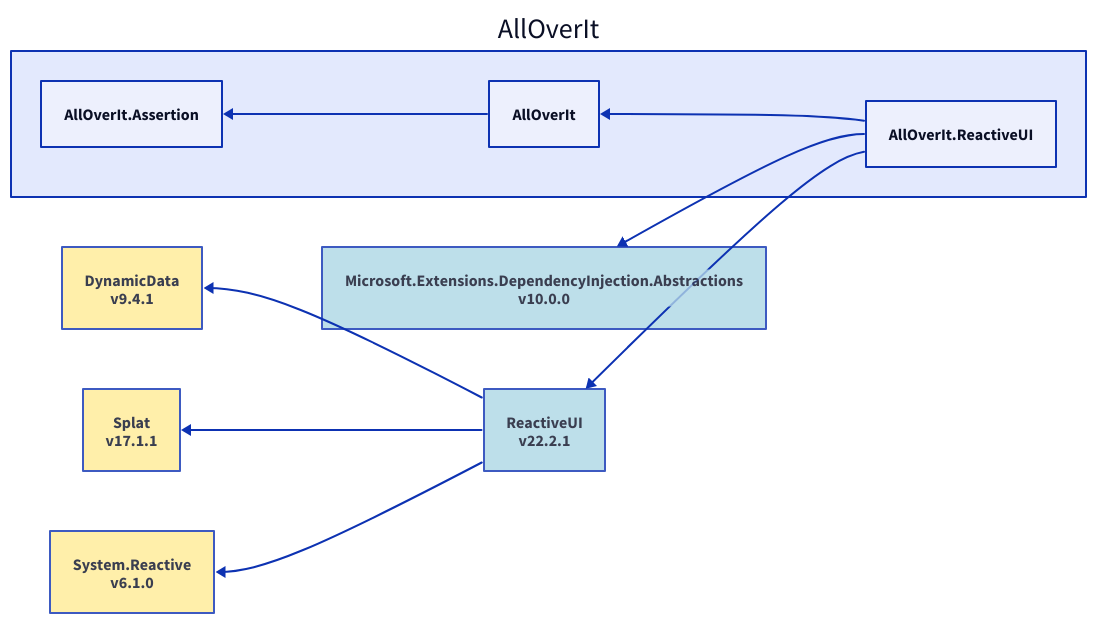
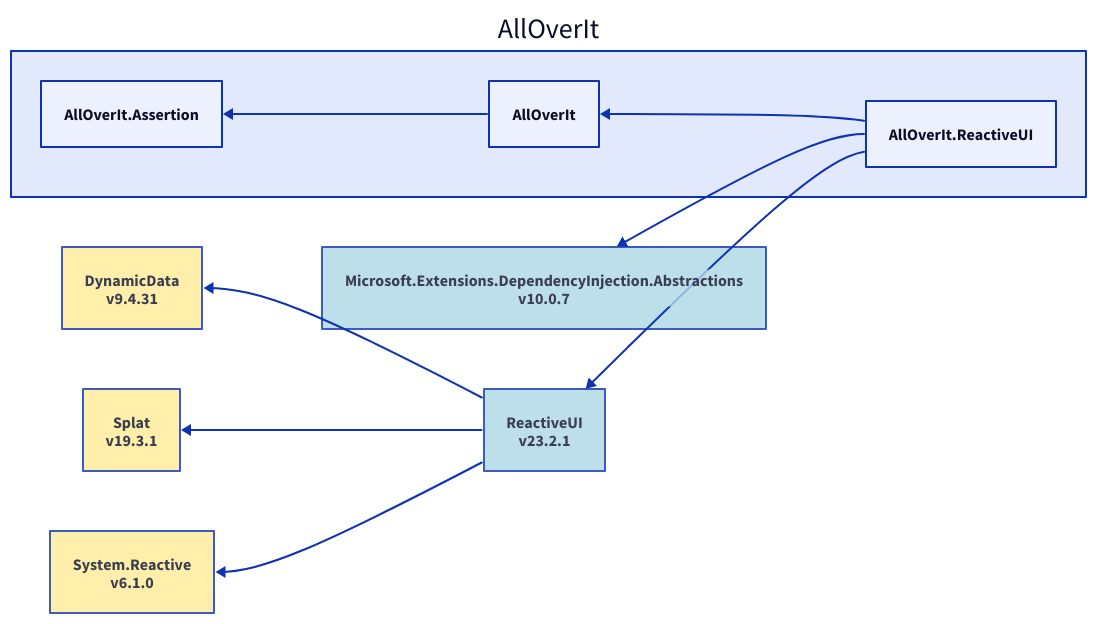
One commit to mjfreelancing/AllOverIt changed the diagram in Docs/Reference/Content/images/dependencies/net9.0/alloverit-reactiveui.d2. Above: the diagram before and after it, drawn with D2. The commit also changed 132 other files, not shown here.

```diff
--- a/Docs/Reference/Content/images/dependencies/net9.0/alloverit-reactiveui.d2
+++ b/Docs/Reference/Content/images/dependencies/net9.0/alloverit-reactiveui.d2
@@ -1,28 +1,28 @@
 direction: left
 
 aoi: AllOverIt
 aoi.alloverit-reactiveui: AllOverIt.ReactiveUI
-microsoft-extensions-dependencyinjection-abstractions_10-0-0: Microsoft.Extensions.DependencyInjection.Abstractions\nv10.0.0
-microsoft-extensions-dependencyinjection-abstractions_10-0-0.style.fill: "#ADD8E6"
-microsoft-extensions-dependencyinjection-abstractions_10-0-0.style.opacity: 0.8
-microsoft-extensions-dependencyinjection-abstractions_10-0-0 <- aoi.alloverit-reactiveui
-reactiveui_22-2-1: ReactiveUI\nv22.2.1
-reactiveui_22-2-1.style.fill: "#ADD8E6"
-reactiveui_22-2-1.style.opacity: 0.8
-dynamicdata_9-4-1: DynamicData\nv9.4.1
-dynamicdata_9-4-1.style.fill: "#FFEC96"
-dynamicdata_9-4-1.style.opacity: 0.8
-dynamicdata_9-4-1 <- reactiveui_22-2-1
-splat_17-1-1: Splat\nv17.1.1
-splat_17-1-1.style.fill: "#FFEC96"
-splat_17-1-1.style.opacity: 0.8
-splat_17-1-1 <- reactiveui_22-2-1
+microsoft-extensions-dependencyinjection-abstractions_10-0-7: Microsoft.Extensions.DependencyInjection.Abstractions\nv10.0.7
+microsoft-extensions-dependencyinjection-abstractions_10-0-7.style.fill: "#ADD8E6"
+microsoft-extensions-dependencyinjection-abstractions_10-0-7.style.opacity: 0.8
+microsoft-extensions-dependencyinjection-abstractions_10-0-7 <- aoi.alloverit-reactiveui
+reactiveui_23-2-1: ReactiveUI\nv23.2.1
+reactiveui_23-2-1.style.fill: "#ADD8E6"
+reactiveui_23-2-1.style.opacity: 0.8
+dynamicdata_9-4-31: DynamicData\nv9.4.31
+dynamicdata_9-4-31.style.fill: "#FFEC96"
+dynamicdata_9-4-31.style.opacity: 0.8
+dynamicdata_9-4-31 <- reactiveui_23-2-1
+splat_19-3-1: Splat\nv19.3.1
+splat_19-3-1.style.fill: "#FFEC96"
+splat_19-3-1.style.opacity: 0.8
+splat_19-3-1 <- reactiveui_23-2-1
 system-reactive_6-1-0: System.Reactive\nv6.1.0
 system-reactive_6-1-0.style.fill: "#FFEC96"
 system-reactive_6-1-0.style.opacity: 0.8
-system-reactive_6-1-0 <- reactiveui_22-2-1
-reactiveui_22-2-1 <- aoi.alloverit-reactiveui
+system-reactive_6-1-0 <- reactiveui_23-2-1
+reactiveui_23-2-1 <- aoi.alloverit-reactiveui
 aoi.alloverit: AllOverIt
 aoi.alloverit-assertion: AllOverIt.Assertion
 aoi.alloverit-assertion <- aoi.alloverit
 aoi.alloverit <- aoi.alloverit-reactiveui
```
